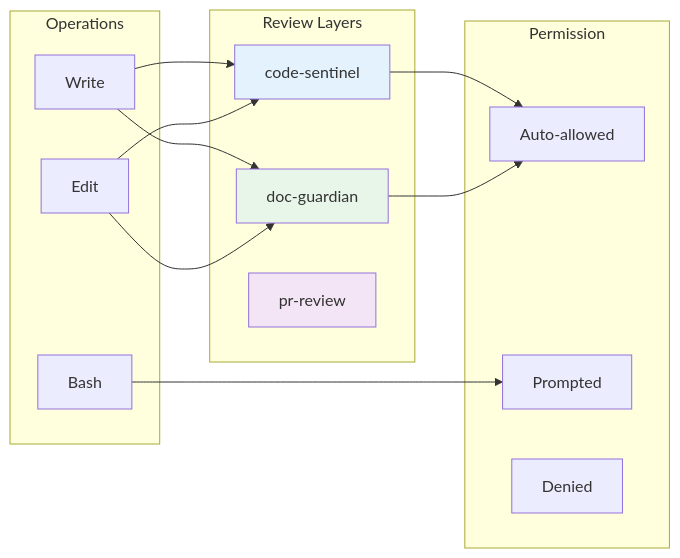
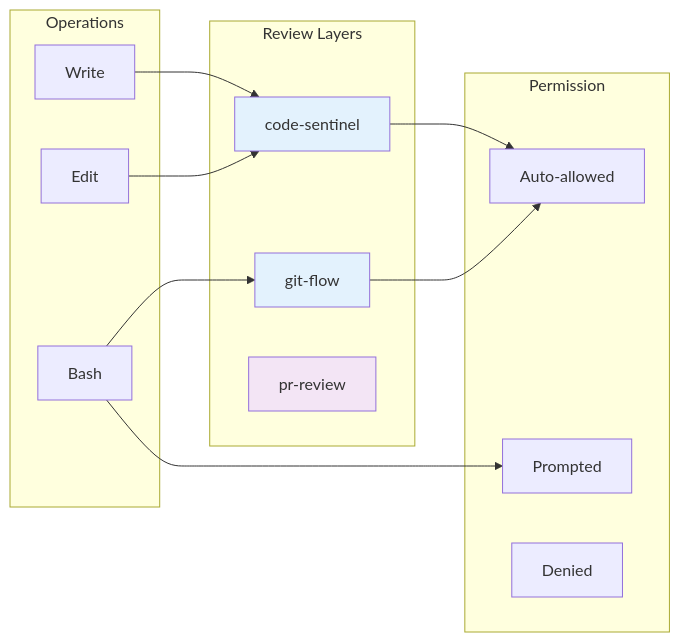
One commit to l3ocho/mktpl-claude-datasaas changed the diagram in plugins/claude-config-maintainer/commands/claude-config-audit-settings.md. Above: the diagram before and after it, drawn with Mermaid. The commit also changed other lines of this file and 15 other files, not shown here.

````diff
--- a/plugins/claude-config-maintainer/commands/claude-config-audit-settings.md
+++ b/plugins/claude-config-maintainer/commands/claude-config-audit-settings.md
@@ -154,35 +153,34 @@
 ```mermaid
 flowchart LR
     subgraph Operations
         W[Write]
         E[Edit]
         B[Bash]
     end
 
     subgraph Review Layers
         CS[code-sentinel]
-        DG[doc-guardian]
+        GF[git-flow]
         PR[pr-review]
     end
 
     subgraph Permission
         A[Auto-allowed]
         P[Prompted]
         D[Denied]
     end
 
     W --> CS
-    W --> DG
     E --> CS
-    E --> DG
+    B --> GF
     CS --> A
-    DG --> A
+    GF --> A
     B --> P
 
     classDef preHook fill:#e3f2fd
-    classDef postHook fill:#e8f5e9
+    classDef userPrompt fill:#e8f5e9
     classDef prReview fill:#f3e5f5
     class CS preHook
-    class DG postHook
+    class GF preHook
     class PR prReview
 ```
````
